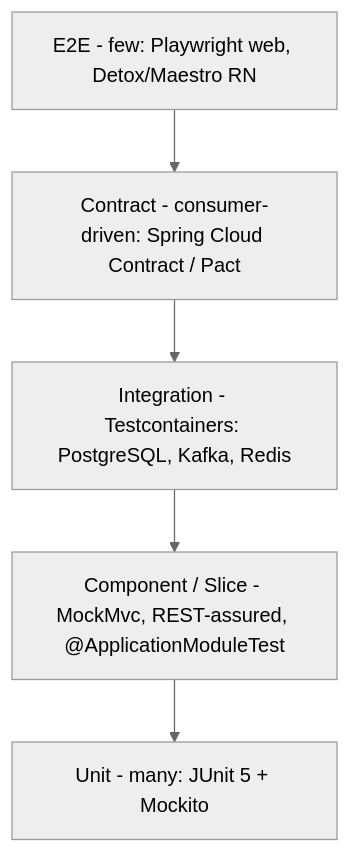
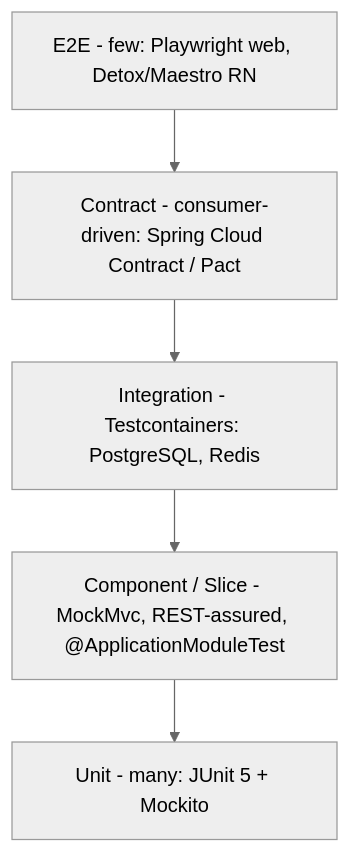
The diagram in docs/delivery/testing-strategy.md (ayushrai007/Societix), drawn with Mermaid (neutral theme) before and after one commit. The commit also changed other lines of this file and 23 other files, not shown here.

````diff
--- a/docs/delivery/testing-strategy.md
+++ b/docs/delivery/testing-strategy.md
@@ -16,9 +16,9 @@
 ```mermaid
 flowchart TB
     E2E["E2E - few: Playwright web, Detox/Maestro RN"] 
     CONTRACT["Contract - consumer-driven: Spring Cloud Contract / Pact"]
-    INT["Integration - Testcontainers: PostgreSQL, Kafka, Redis"]
+    INT["Integration - Testcontainers: PostgreSQL, Redis"]
     SLICE["Component / Slice - MockMvc, REST-assured, @ApplicationModuleTest"]
     UNIT["Unit - many: JUnit 5 + Mockito"]
     E2E --> CONTRACT --> INT --> SLICE --> UNIT
 ```
````
